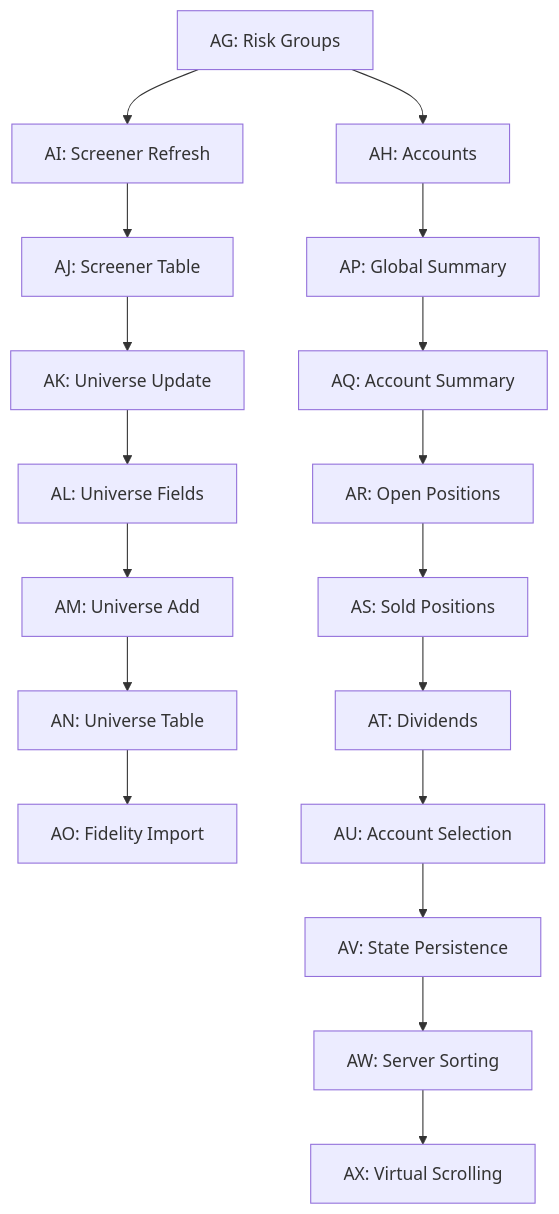
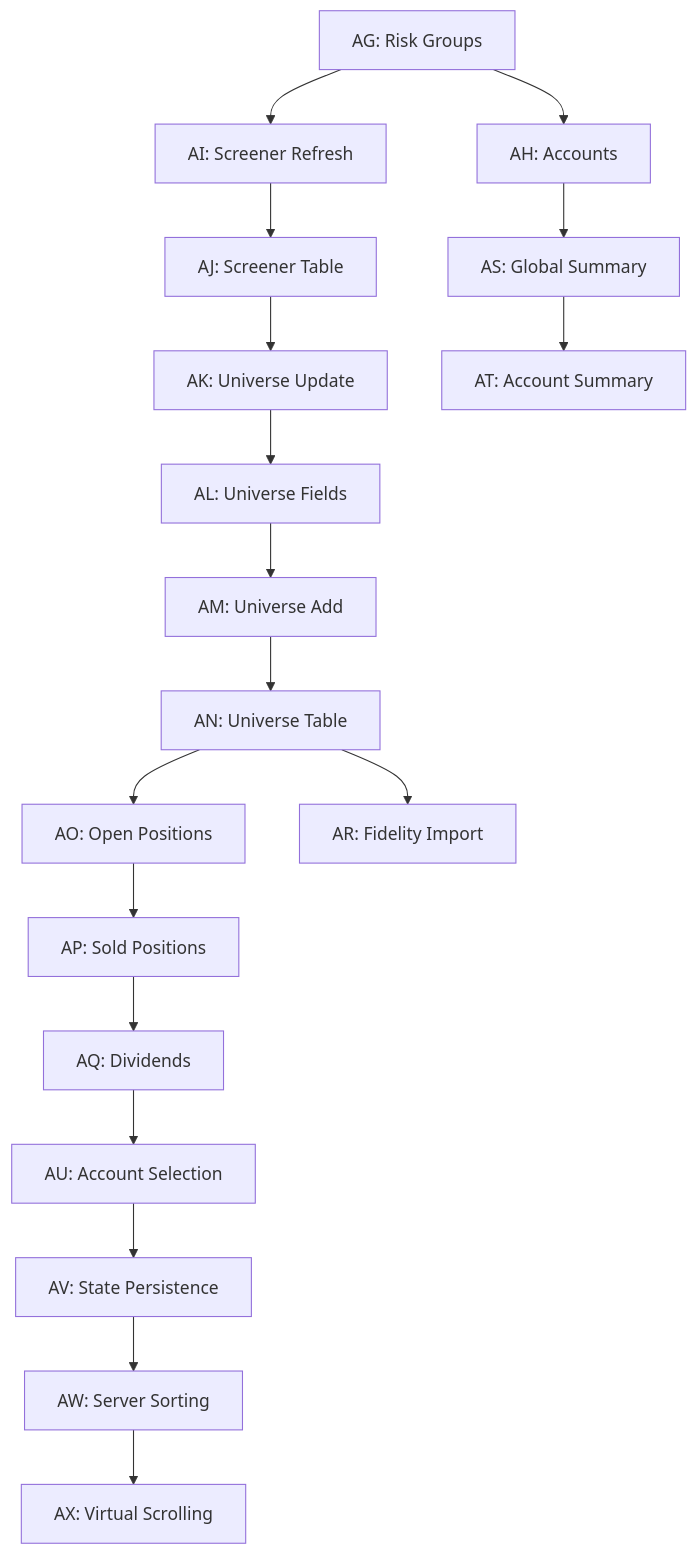
Before and after one commit to DaveMBush/dms-workspace: the diagram in docs/NEW-EPICS-STORIES-SUMMARY.md, drawn with Mermaid. The commit also changed other lines of this file and 41 other files, not shown here.

````diff
--- a/docs/NEW-EPICS-STORIES-SUMMARY.md
+++ b/docs/NEW-EPICS-STORIES-SUMMARY.md
@@ -162,20 +162,20 @@
 ```mermaid
 graph TD
     AG[AG: Risk Groups] --> AH[AH: Accounts]
     AG --> AI[AI: Screener Refresh]
     AI --> AJ[AJ: Screener Table]
     AJ --> AK[AK: Universe Update]
     AK --> AL[AL: Universe Fields]
     AL --> AM[AM: Universe Add]
     AM --> AN[AN: Universe Table]
-    AN --> AO[AO: Fidelity Import]
-    AH --> AP[AP: Global Summary]
-    AP --> AQ[AQ: Account Summary]
-    AQ --> AR[AR: Open Positions]
-    AR --> AS[AS: Sold Positions]
-    AS --> AT[AT: Dividends]
-    AT --> AU[AU: Account Selection]
+    AN --> AO[AO: Open Positions]
+    AO --> AP[AP: Sold Positions]
+    AP --> AQ[AQ: Dividends]
+    AN --> AR[AR: Fidelity Import]
+    AH --> AS[AS: Global Summary]
+    AS --> AT[AT: Account Summary]
+    AQ --> AU[AU: Account Selection]
     AU --> AV[AV: State Persistence]
     AV --> AW[AW: Server Sorting]
     AW --> AX[AX: Virtual Scrolling]
 ```
````
